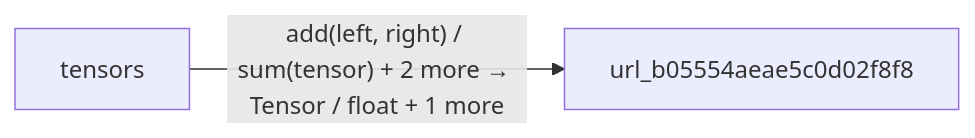
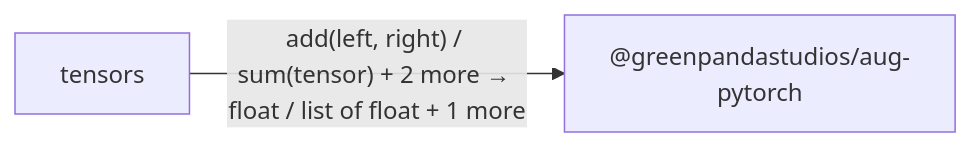
One commit to GreenPandaStudios/augscript changed the second of 2 diagrams in docs/examples/native-pytorch/diagrams/index.md. Above: the diagram before and after it, drawn with Mermaid. The commit also changed other lines of this file and 133 other files, not shown here.

````diff
--- a/docs/examples/native-pytorch/diagrams/index.md
+++ b/docs/examples/native-pytorch/diagrams/index.md
@@ -30,6 +30,6 @@
 ```mermaid
 flowchart LR
-    n0["url_b05554aeae5c0d02f8f8"]
+    n0["@greenpandastudios/aug-pytorch"]
     n1["tensors"]
-    n1 -->|"add(left, right) / sum(tensor) + 2 more → Tensor / float + 1 more"| n0
+    n1 -->|"add(left, right) / sum(tensor) + 2 more → float / list of float + 1 more"| n0
 ```
````
